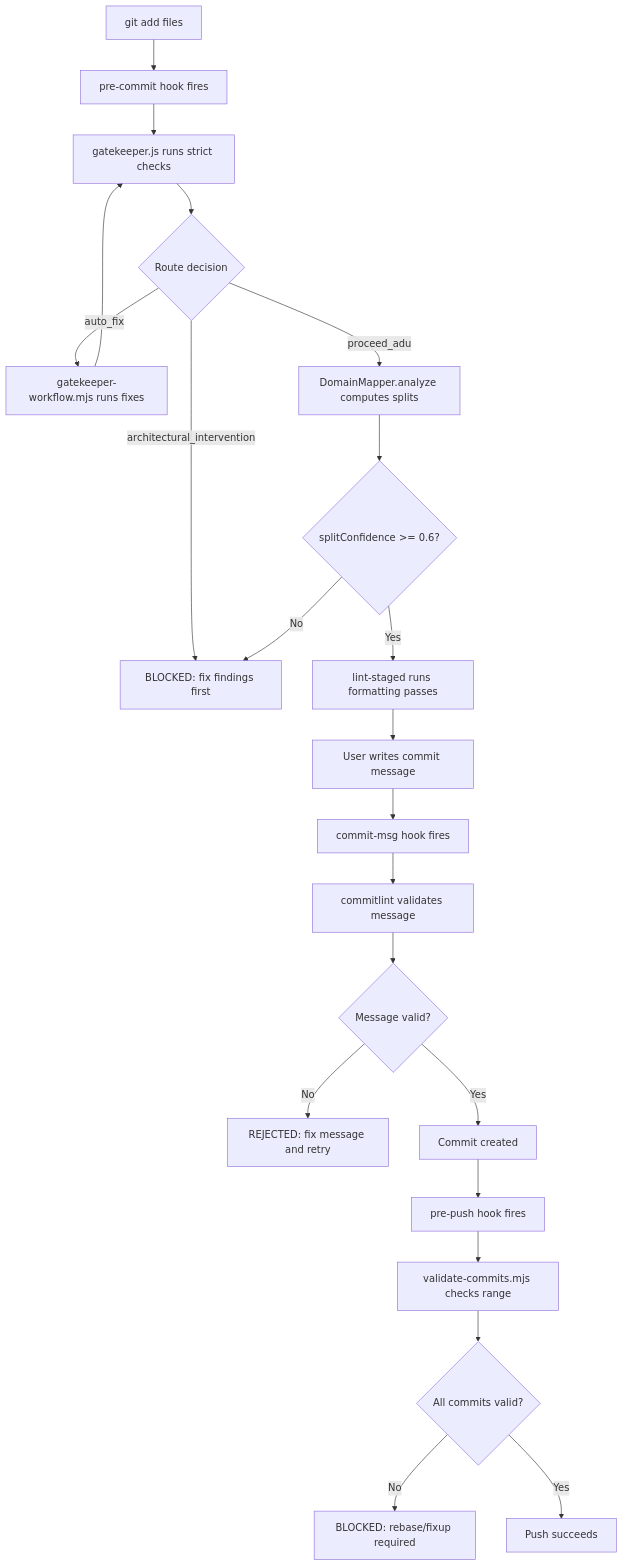
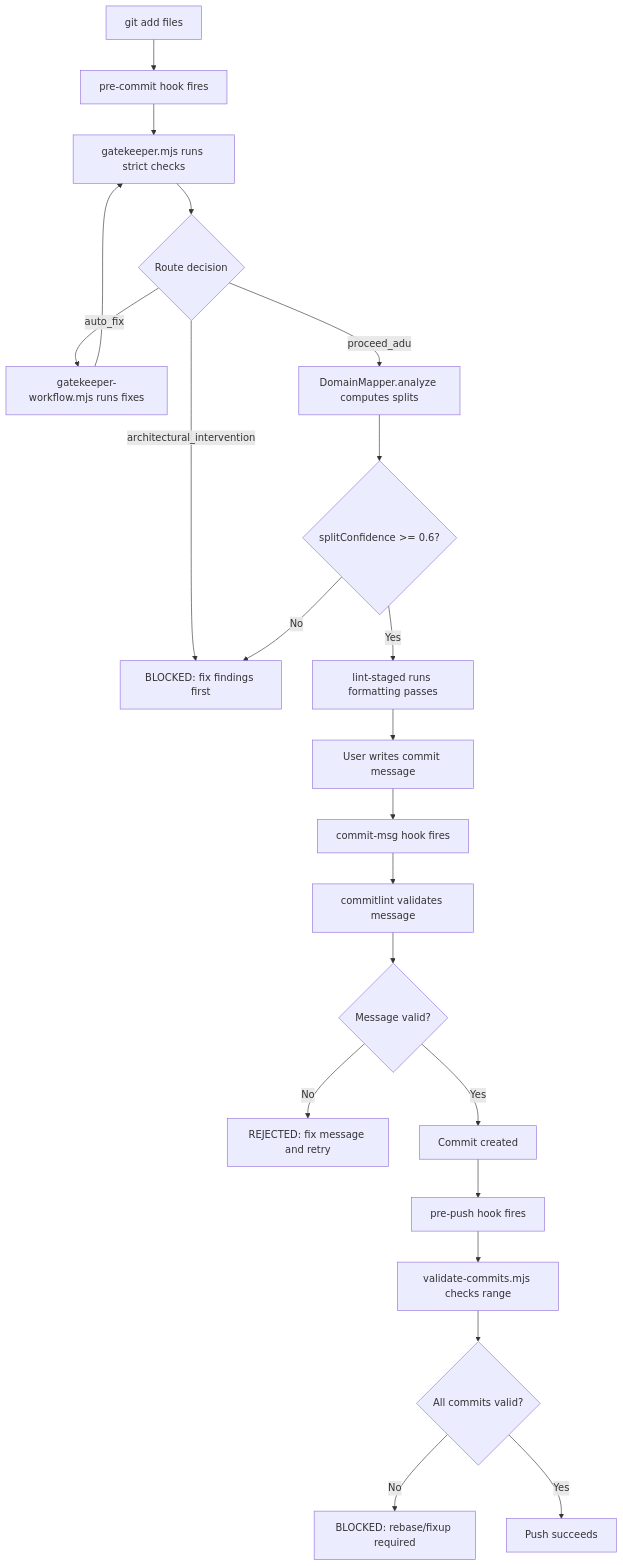
The diagram in docs/core/git-governance.md (fm-dev-mx/celebra-me), drawn with Mermaid before and after one commit. The commit also changed other lines of this file and 1 other file, not shown here.

````diff
--- a/docs/core/git-governance.md
+++ b/docs/core/git-governance.md
@@ -55,24 +54,24 @@
 ```mermaid
 flowchart TD
     A[git add files] --> B[pre-commit hook fires]
-    B --> C[gatekeeper.js runs strict checks]
+    B --> C[gatekeeper.mjs runs strict checks]
     C --> D{Route decision}
     D -->|architectural_intervention| E[BLOCKED: fix findings first]
     D -->|auto_fix| F[gatekeeper-workflow.mjs runs fixes]
     F --> C
     D -->|proceed_adu| G[DomainMapper.analyze computes splits]
     G --> H{splitConfidence >= 0.6?}
     H -->|No| E
     H -->|Yes| I[lint-staged runs formatting passes]
     I --> J[User writes commit message]
     J --> K[commit-msg hook fires]
     K --> L[commitlint validates message]
     L --> M{Message valid?}
     M -->|No| N[REJECTED: fix message and retry]
     M -->|Yes| O[Commit created]
     O --> P[pre-push hook fires]
     P --> Q[validate-commits.mjs checks range]
     Q --> R{All commits valid?}
     R -->|No| S[BLOCKED: rebase/fixup required]
     R -->|Yes| T[Push succeeds]
 ```
````
